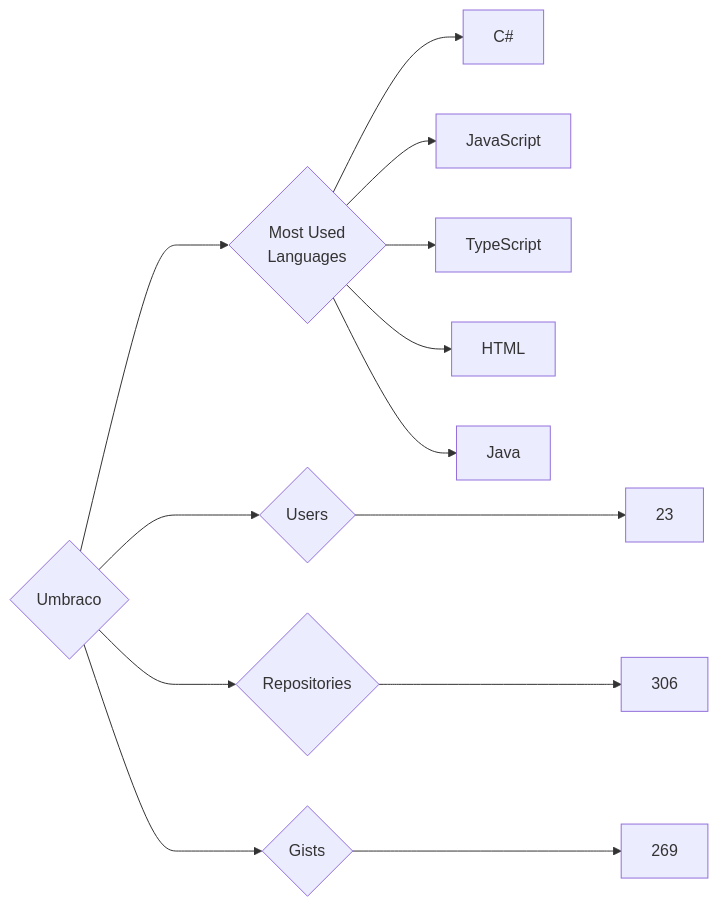
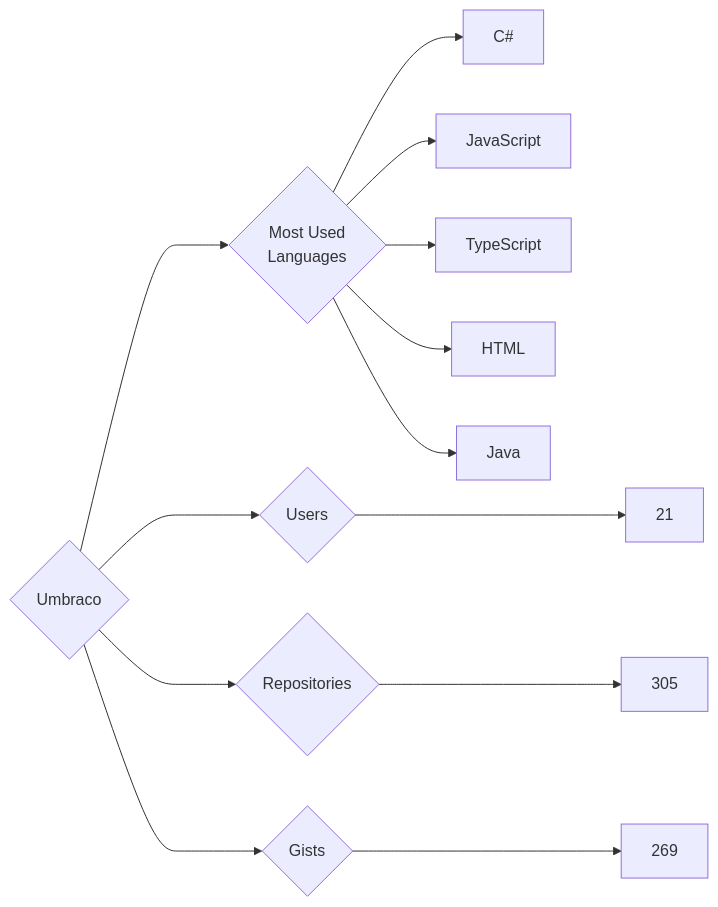
One commit to trickest/insiders changed the diagram in targets/Umbraco/README.md. Above: the diagram before and after it, drawn with Mermaid. The commit also changed 1248 other files, not shown here.

````diff
--- a/targets/Umbraco/README.md
+++ b/targets/Umbraco/README.md
@@ -3,13 +3,13 @@
 ```mermaid
 graph LR
 COMPANY_NAME{Umbraco}
-COMPANY_NAME ---> U{Users} ---> UN[23]
-COMPANY_NAME ---> R{Repositories} ---> RN[306]
+COMPANY_NAME ---> U{Users} ---> UN[21]
+COMPANY_NAME ---> R{Repositories} ---> RN[305]
 COMPANY_NAME ---> G{Gists} ---> GN[269]
 COMPANY_NAME ---> ML{Most Used<br>Languages}
 ML --> C#[C#]
 ML --> JavaScript[JavaScript]
 ML --> TypeScript[TypeScript]
 ML --> HTML[HTML]
 ML --> Java[Java]
 ```
````
